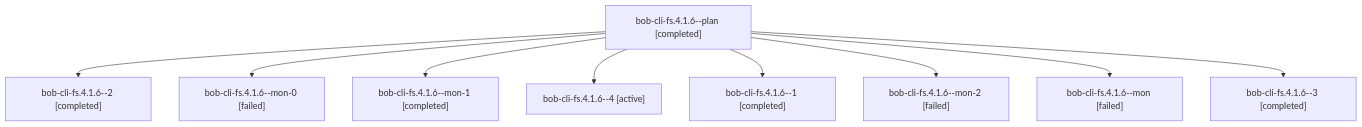
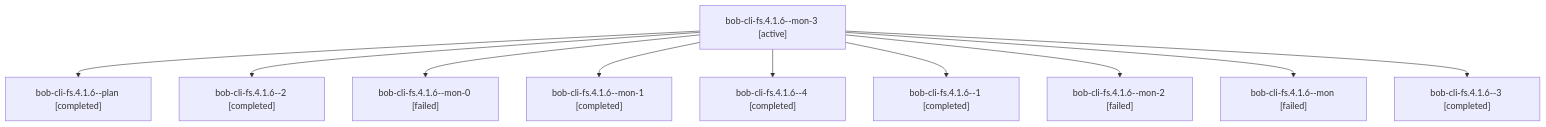
The diagram in sessions/bbugyi200.athena.bob-cli-fs.4.1.6.md (bobs-org/bob-cli--agents), drawn with Mermaid before and after one commit. The commit also changed other lines of this file and 78 other files, not shown here.

````diff
--- a/sessions/bbugyi200.athena.bob-cli-fs.4.1.6.md
+++ b/sessions/bbugyi200.athena.bob-cli-fs.4.1.6.md
@@ -9,20 +9,22 @@
 ```mermaid
 flowchart TD
-  n0["bob-cli-fs.4.1.6--plan [completed]"]
-  n1["bob-cli-fs.4.1.6--2 [completed]"]
+  n0["bob-cli-fs.4.1.6--mon-3 [active]"]
+  n1["bob-cli-fs.4.1.6--plan [completed]"]
   n0 --> n1
-  n2["bob-cli-fs.4.1.6--mon-0 [failed]"]
+  n2["bob-cli-fs.4.1.6--2 [completed]"]
   n0 --> n2
-  n3["bob-cli-fs.4.1.6--mon-1 [completed]"]
+  n3["bob-cli-fs.4.1.6--mon-0 [failed]"]
   n0 --> n3
-  n4["bob-cli-fs.4.1.6--4 [active]"]
+  n4["bob-cli-fs.4.1.6--mon-1 [completed]"]
   n0 --> n4
-  n5["bob-cli-fs.4.1.6--1 [completed]"]
+  n5["bob-cli-fs.4.1.6--4 [completed]"]
   n0 --> n5
-  n6["bob-cli-fs.4.1.6--mon-2 [failed]"]
+  n6["bob-cli-fs.4.1.6--1 [completed]"]
   n0 --> n6
-  n7["bob-cli-fs.4.1.6--mon [failed]"]
+  n7["bob-cli-fs.4.1.6--mon-2 [failed]"]
   n0 --> n7
-  n8["bob-cli-fs.4.1.6--3 [completed]"]
+  n8["bob-cli-fs.4.1.6--mon [failed]"]
   n0 --> n8
+  n9["bob-cli-fs.4.1.6--3 [completed]"]
+  n0 --> n9
 ```
````
